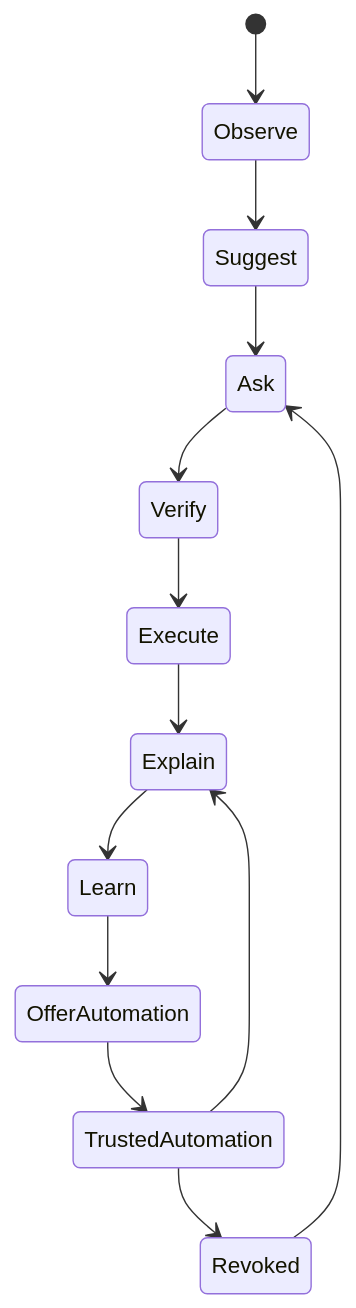
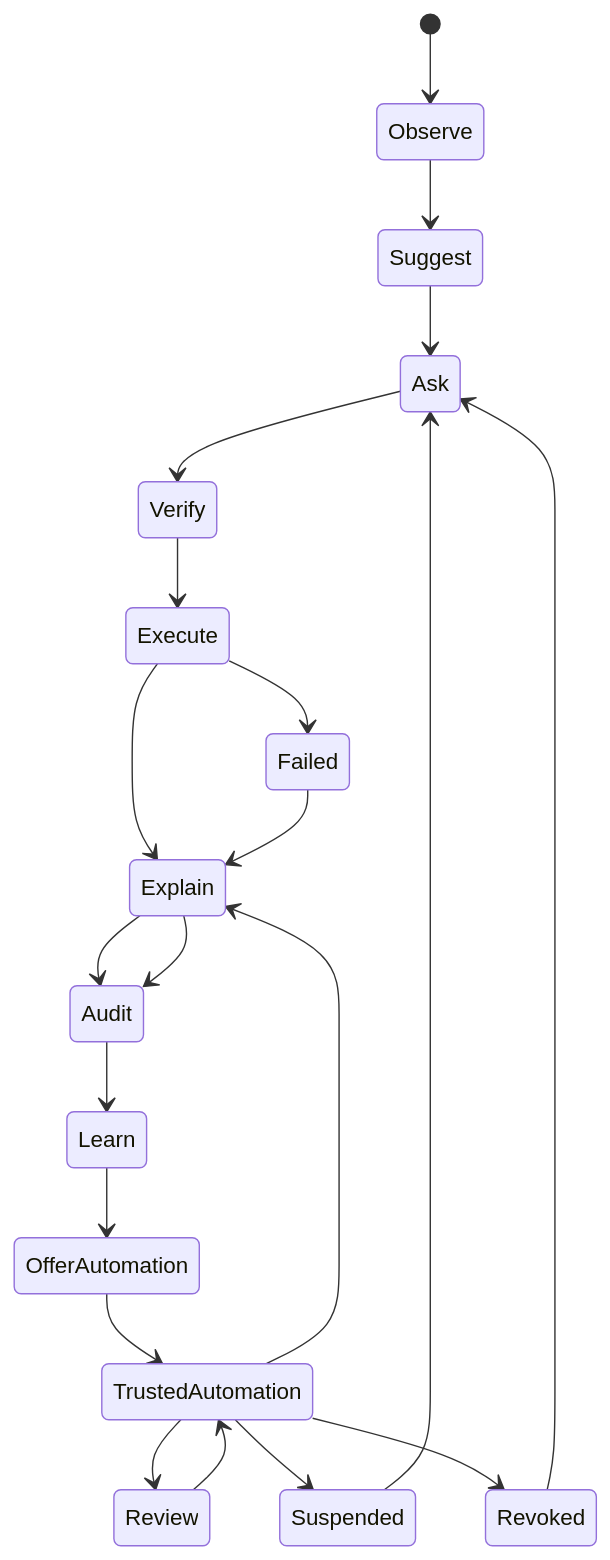
The first of 5 diagrams in docs/vision/Trust Model.md (SinLess-Games/Aerealith), drawn with Mermaid before and after one commit. The commit also changed other lines of this file and 1352 other files, not shown here.

````diff
--- a/docs/vision/Trust Model.md
+++ b/docs/vision/Trust Model.md
@@ -41,15 +146,28 @@
 ```mermaid
 stateDiagram-v2
     [*] --> Observe
+
     Observe --> Suggest
     Suggest --> Ask
     Ask --> Verify
     Verify --> Execute
     Execute --> Explain
-    Explain --> Learn
+    Explain --> Audit
+    Audit --> Learn
     Learn --> OfferAutomation
     OfferAutomation --> TrustedAutomation
+
     TrustedAutomation --> Explain
+    TrustedAutomation --> Review
+    Review --> TrustedAutomation
+
+    TrustedAutomation --> Suspended
+    Suspended --> Ask
+
     TrustedAutomation --> Revoked
     Revoked --> Ask
+
+    Execute --> Failed
+    Failed --> Explain
+    Explain --> Audit
 ```
````
